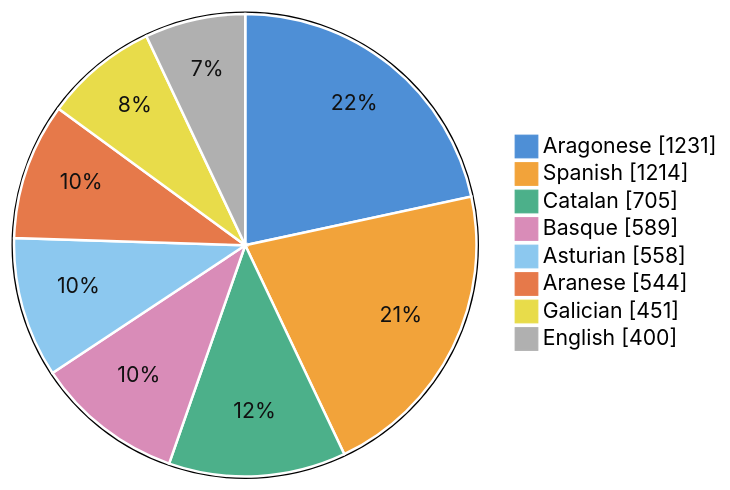
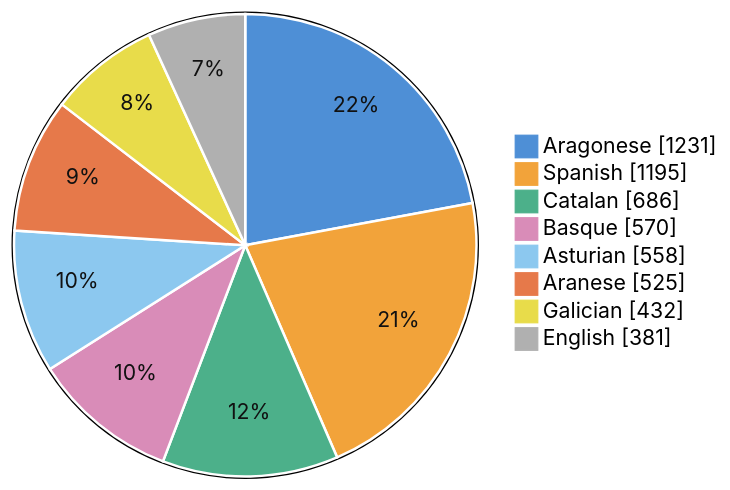
Before and after one commit to alertapublica/territorios-es: the third of 6 diagrams in docs/status.md, drawn with Mermaid. The commit also changed other lines of this file and 8 other files, not shown here.

````diff
--- a/docs/status.md
+++ b/docs/status.md
@@ -81,12 +97,13 @@
 ```mermaid
 %%{init: {"themeVariables": {"pie1": "#4e8fd6", "pie2": "#f2a33a", "pie3": "#4cb08a", "pie4": "#d98cb8", "pie5": "#8cc8ef", "pie6": "#e6794a", "pie7": "#e8dc4a", "pie8": "#b0b0b0", "pieSectionTextColor": "#111111", "pieStrokeColor": "#ffffff", "pieOpacity": "1"}}}%%
 pie showData
+  accTitle: Wikidata names per language (all territories)
   "Aragonese" : 1231
-  "Spanish" : 1214
-  "Catalan" : 705
-  "Basque" : 589
+  "Spanish" : 1195
+  "Catalan" : 686
+  "Basque" : 570
   "Asturian" : 558
-  "Aranese" : 544
-  "Galician" : 451
-  "English" : 400
+  "Aranese" : 525
+  "Galician" : 432
+  "English" : 381
 ```
````
